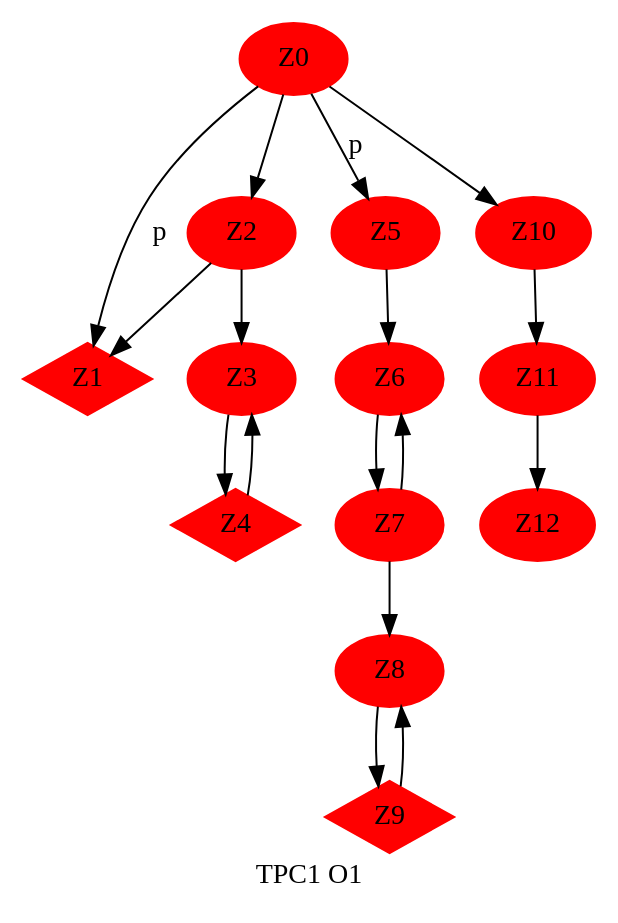
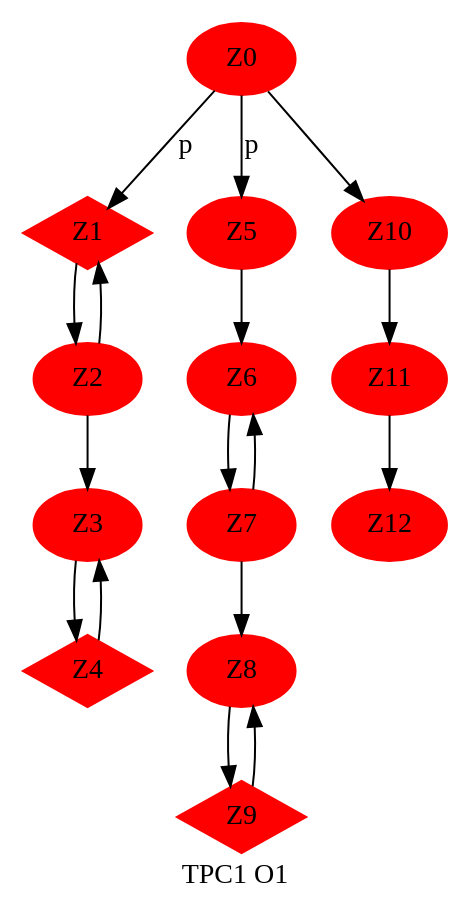
Before and after one commit to sidner/Dot2Dot-v2: the diagram in src/texto2.dot, drawn with Graphviz. The commit also changed 3 other files, not shown here.

```diff
--- a/src/texto2.dot
+++ b/src/texto2.dot
@@ -1,15 +1,15 @@
 digraph tpc1 {
                node [style=filled,color=red];
                
        Z0 ->Z1 [label= "p"];
-               Z0 : Z1 -> Z2 -> Z3 -> Z4;
+                Z1 -> Z2 -> Z3 -> Z4;
                Z2 -> Z1; Z4 -> Z3;
                Z0 -> Z5 [label="p"];
                Z5 -> Z6 -> Z7 ->Z8 -> Z9;
                Z7 -> Z6; Z9 -> Z8;
                Z0 -> Z10 -> Z11 -> Z12;
                label = "TPC1 O1"
        Z4[shape=Mdiamond]
        Z9[shape=Mdiamond]
        Z1[shape=Mdiamond]
 }
```
